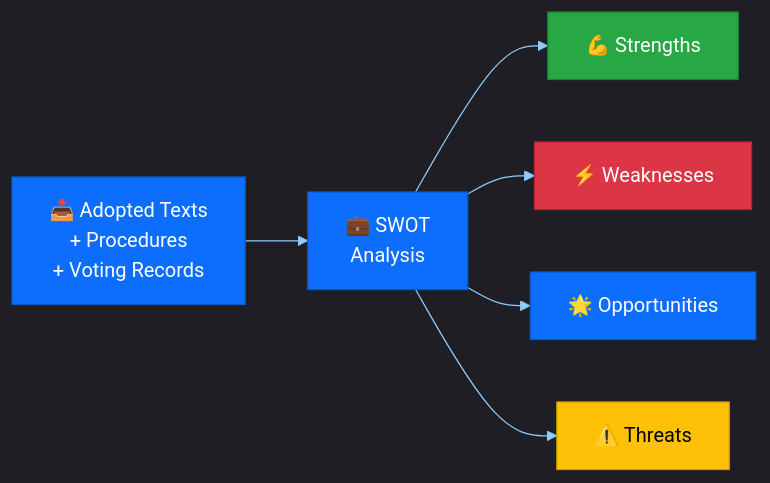
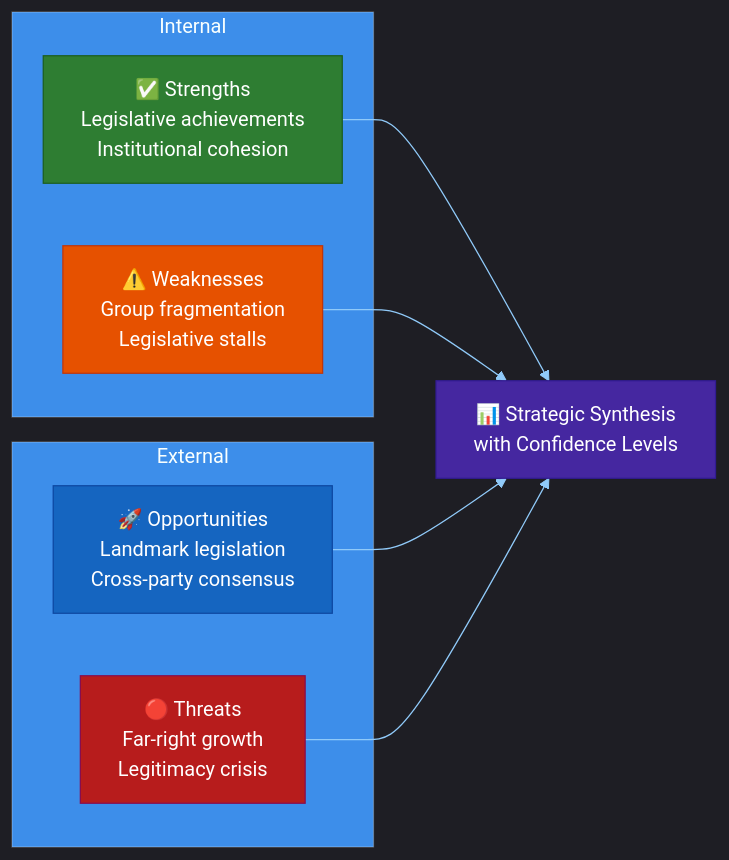
One commit to Hack23/euparliamentmonitor changed the seventh of 12 diagrams in docs/api/media/README-9.md. Above: the diagram before and after it, drawn with Mermaid. The commit also changed other lines of this file and 1239 other files, not shown here.

````diff
--- a/docs/api/media/README-9.md
+++ b/docs/api/media/README-9.md
@@ -462,16 +532,24 @@
 ```mermaid
 %%{init: {"theme":"dark","themeVariables":{"primaryColor":"#1565C0","primaryTextColor":"#ffffff","primaryBorderColor":"#0A3F7F","lineColor":"#90CAF9","secondaryColor":"#2E7D32","secondaryTextColor":"#ffffff","secondaryBorderColor":"#0F3F00","tertiaryColor":"#FF9800","tertiaryTextColor":"#000000","tertiaryBorderColor":"#7F4F00","mainBkg":"#1565C0","secondBkg":"#2E7D32","tertiaryBkg":"#FF9800","noteBkgColor":"#FFC107","noteTextColor":"#000000","noteBorderColor":"#7F6000","errorBkgColor":"#D32F2F","errorTextColor":"#ffffff","fontFamily":"Inter, Helvetica, Arial, sans-serif","pie1":"#1565C0","pie2":"#2E7D32","pie3":"#FF9800","pie4":"#D32F2F","pie5":"#FFC107","pie6":"#7B1FA2","pie7":"#9E9E9E","pie8":"#0288D1","pie9":"#388E3C","pie10":"#F57C00","pie11":"#C62828","pie12":"#FBC02D","pieTitleTextSize":"18px","pieSectionTextSize":"14px","pieLegendTextSize":"13px","pieStrokeColor":"#1e1e1e","pieOuterStrokeColor":"#1e1e1e","git0":"#1565C0","git1":"#2E7D32","git2":"#FF9800","git3":"#D32F2F","gitBranchLabel0":"#ffffff","gitBranchLabel1":"#ffffff","gitBranchLabel2":"#000000","gitBranchLabel3":"#ffffff","cScale0":"#1565C0","cScale1":"#2E7D32","cScale2":"#FF9800","cScale3":"#D32F2F","cScale4":"#FFC107","cScale5":"#7B1FA2","cScale6":"#9E9E9E","cScale7":"#0288D1","xyChart":{"backgroundColor":"#1e1e1e","plotColorPalette":"#1565C0,#2E7D32,#FF9800,#D32F2F,#FFC107,#7B1FA2,#9E9E9E"}}}}%%
-flowchart LR
-    DATA["📥 Adopted Texts<br/>+ Procedures<br/>+ Voting Records"] --> SWOT["💼 SWOT<br/>Analysis"]
-    SWOT --> S["💪 Strengths"]
-    SWOT --> W["⚡ Weaknesses"]
-    SWOT --> O["🌟 Opportunities"]
-    SWOT --> T["⚠️ Threats"]
+graph LR
+    subgraph Internal
+        S[✅ Strengths<br/>Legislative achievements<br/>Institutional cohesion]
+        W[⚠️ Weaknesses<br/>Group fragmentation<br/>Legislative stalls]
+    end
 
-    style DATA fill:#0d6efd,color:#fff,stroke:#0a58ca
-    style SWOT fill:#0d6efd,color:#fff,stroke:#0a58ca
-    style S fill:#28a745,color:#fff,stroke:#1e7e34
-    style W fill:#dc3545,color:#fff,stroke:#bd2130
-    style O fill:#0d6efd,color:#fff,stroke:#0a58ca
-    style T fill:#ffc107,color:#000,stroke:#d39e00
+    subgraph External
+        O[🚀 Opportunities<br/>Landmark legislation<br/>Cross-party consensus]
+        T[🔴 Threats<br/>Far-right growth<br/>Legitimacy crisis]
+    end
+
+    S --> Synth[📊 Strategic Synthesis<br/>with Confidence Levels]
+    W --> Synth
+    O --> Synth
+    T --> Synth
+
+    style S fill:#2E7D32,stroke:#1B5E20,color:#FFFFFF
+    style W fill:#E65100,stroke:#BF360C,color:#FFFFFF
+    style O fill:#1565C0,stroke:#0D47A1,color:#FFFFFF
+    style T fill:#B71C1C,stroke:#880E4F,color:#FFFFFF
+    style Synth fill:#4527A0,stroke:#311B92,color:#FFFFFF
 ```
````
